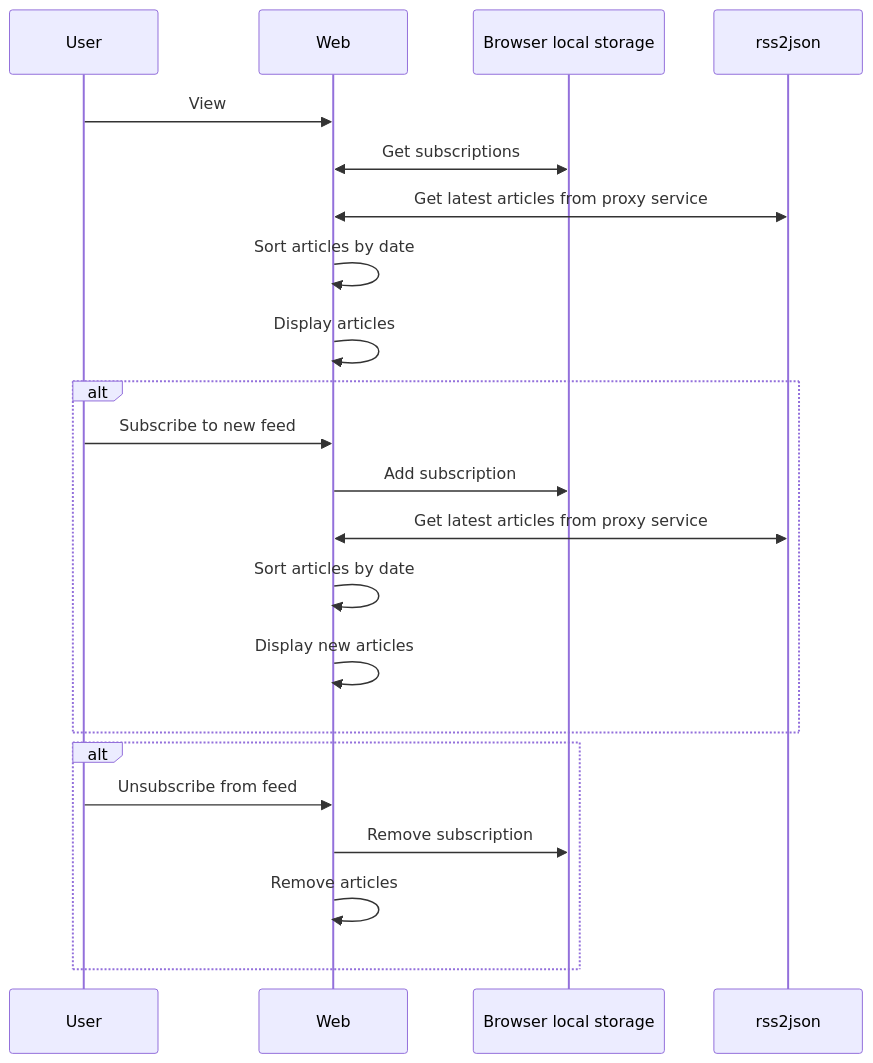
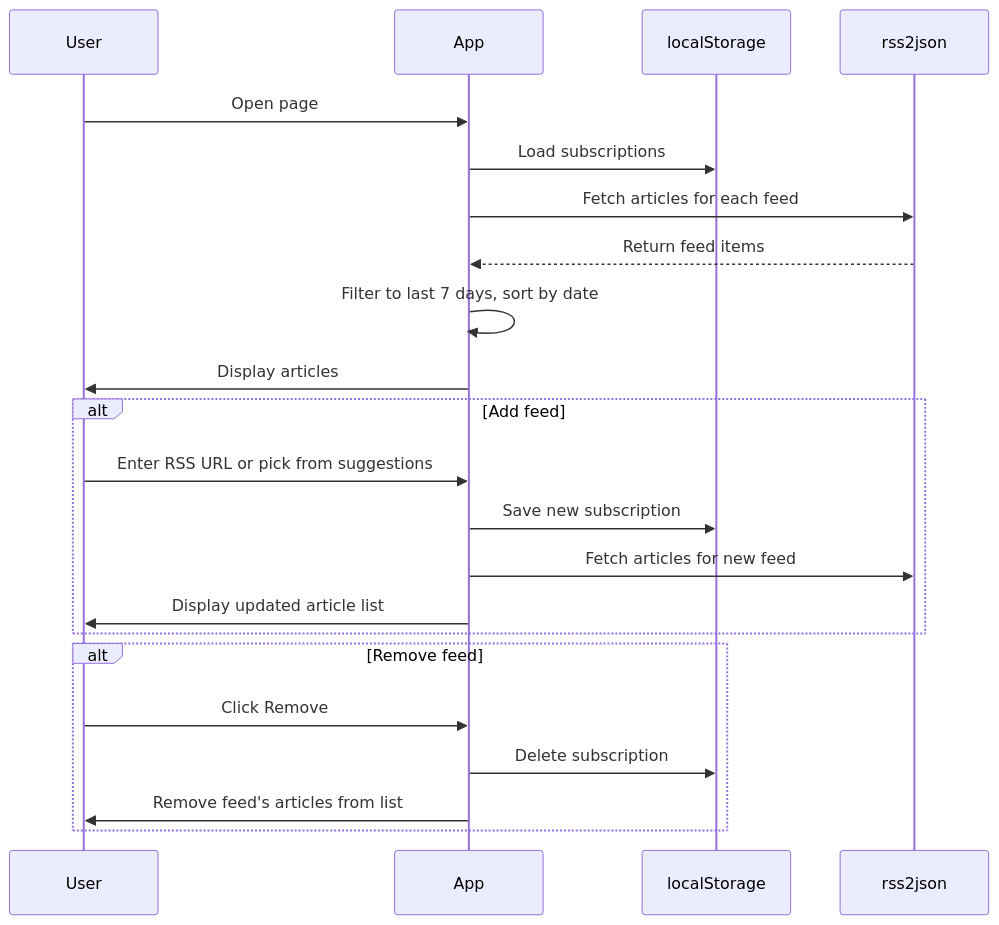
The diagram in README.md (brianbianchi/rss), drawn with Mermaid before and after one commit. The commit also changed other lines of this file, not shown here.

````diff
--- a/README.md
+++ b/README.md
@@ -12,20 +16,22 @@
 ```mermaid
 sequenceDiagram
-    User->>Web: View 
-    Web<<->>Browser local storage: Get subscriptions
-    Web<<->>rss2json: Get latest articles from proxy service
-    Web->>Web: Sort articles by date
-    Web->>Web: Display articles
-    alt
-        User->>Web: Subscribe to new feed 
-        Web->>Browser local storage: Add subscription
-        Web<<->>rss2json: Get latest articles from proxy service
-        Web->>Web: Sort articles by date
-        Web->>Web: Display new articles
+    User->>App: Open page
+    App->>localStorage: Load subscriptions
+    App->>rss2json: Fetch articles for each feed
+    rss2json-->>App: Return feed items
+    App->>App: Filter to last 7 days, sort by date
+    App->>User: Display articles
+
+    alt Add feed
+        User->>App: Enter RSS URL or pick from suggestions
+        App->>localStorage: Save new subscription
+        App->>rss2json: Fetch articles for new feed
+        App->>User: Display updated article list
     end
-    alt
-        User->>Web: Unsubscribe from feed 
-        Web->>Browser local storage: Remove subscription
-        Web->>Web: Remove articles
+
+    alt Remove feed
+        User->>App: Click Remove
+        App->>localStorage: Delete subscription
+        App->>User: Remove feed's articles from list
     end
 ```
````
